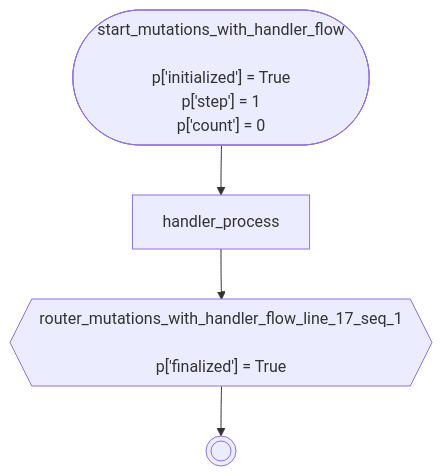
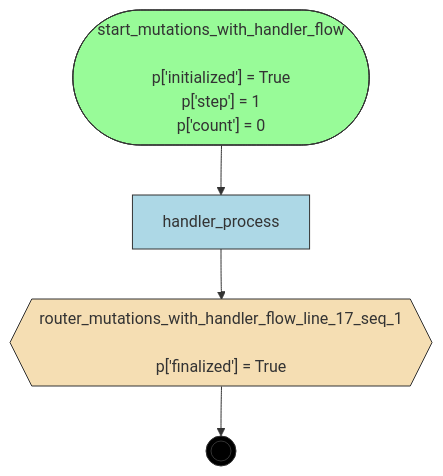
Before and after one commit to deliveryhero/asya: the diagram in examples/flows/compiled/mutations_with_handler/flow.mmd, drawn with Mermaid. The commit also changed 99 other files, not shown here.

Commit message:
colors-in-mermaid

```diff
--- a/examples/flows/compiled/mutations_with_handler/flow.mmd
+++ b/examples/flows/compiled/mutations_with_handler/flow.mmd
@@ -1,11 +1,20 @@
 flowchart TD
     %% Flow: mutations_with_handler_flow
 
     handler_process[handler_process]
     router_mutations_with_handler_flow_line_17_seq_1{{"router_mutations_with_handler_flow_line_17_seq_1<br/><br/>p['finalized'] = True"}}
     start_mutations_with_handler_flow(["start_mutations_with_handler_flow<br/><br/>p['initialized'] = True<br/>p['step'] = 1<br/>p['count'] = 0"])
     __end__((( )))
 
     start_mutations_with_handler_flow --> handler_process
     handler_process --> router_mutations_with_handler_flow_line_17_seq_1
     router_mutations_with_handler_flow_line_17_seq_1 --> __end__
+
+    classDef entrypoint fill:#98FB98,stroke:#333
+    classDef router fill:#F5DEB3,stroke:#333
+    classDef handler fill:#ADD8E6,stroke:#333
+    classDef endpoint fill:#000,stroke:#333,color:#fff
+    class start_mutations_with_handler_flow entrypoint
+    class router_mutations_with_handler_flow_line_17_seq_1 router
+    class handler_process handler
+    class __end__ endpoint
```
